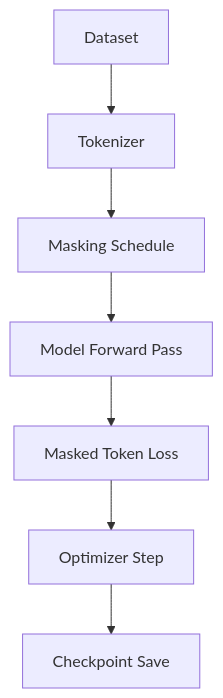
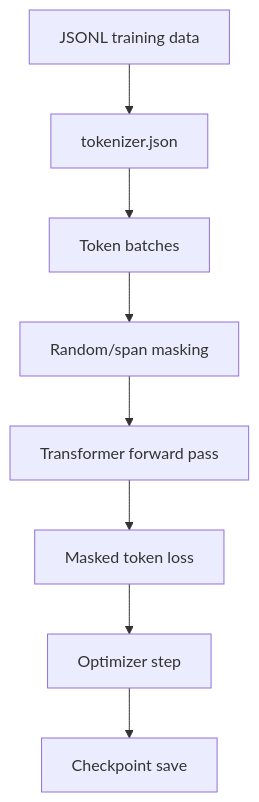
The second of 2 diagrams in docs/architecture.md (Chorozion/Casandra-t1-diffusion-edge-model), drawn with Mermaid before and after one commit. The commit also changed other lines of this file and 47 other files, not shown here.

````diff
--- a/docs/architecture.md
+++ b/docs/architecture.md
@@ -66,9 +47,10 @@
 ```mermaid
 flowchart TD
-  A[Dataset] --> B[Tokenizer]
-  B --> C[Masking Schedule]
-  C --> D[Model Forward Pass]
-  D --> E[Masked Token Loss]
-  E --> F[Optimizer Step]
-  F --> G[Checkpoint Save]
+    Data[JSONL training data] --> Tokenizer[tokenizer.json]
+    Tokenizer --> Batch[Token batches]
+    Batch --> Masking[Random/span masking]
+    Masking --> Forward[Transformer forward pass]
+    Forward --> Loss[Masked token loss]
+    Loss --> Optimizer[Optimizer step]
+    Optimizer --> Checkpoint[Checkpoint save]
 ```
````
